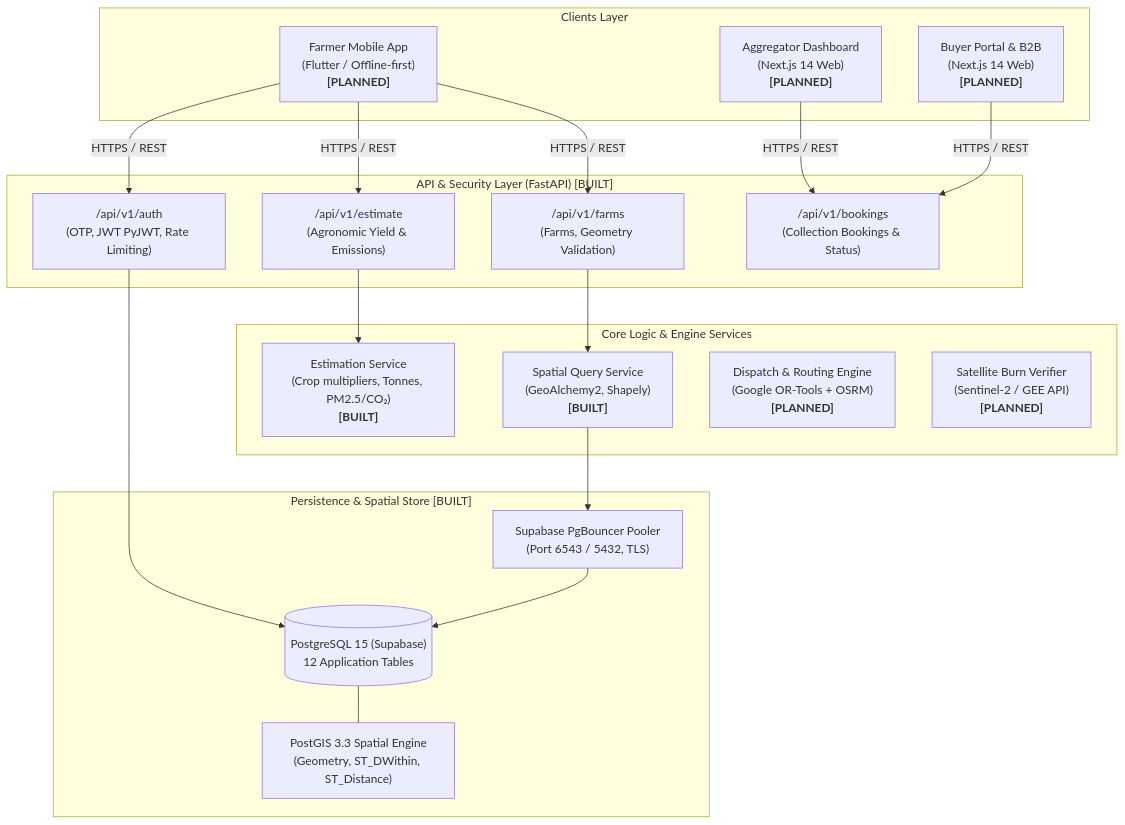
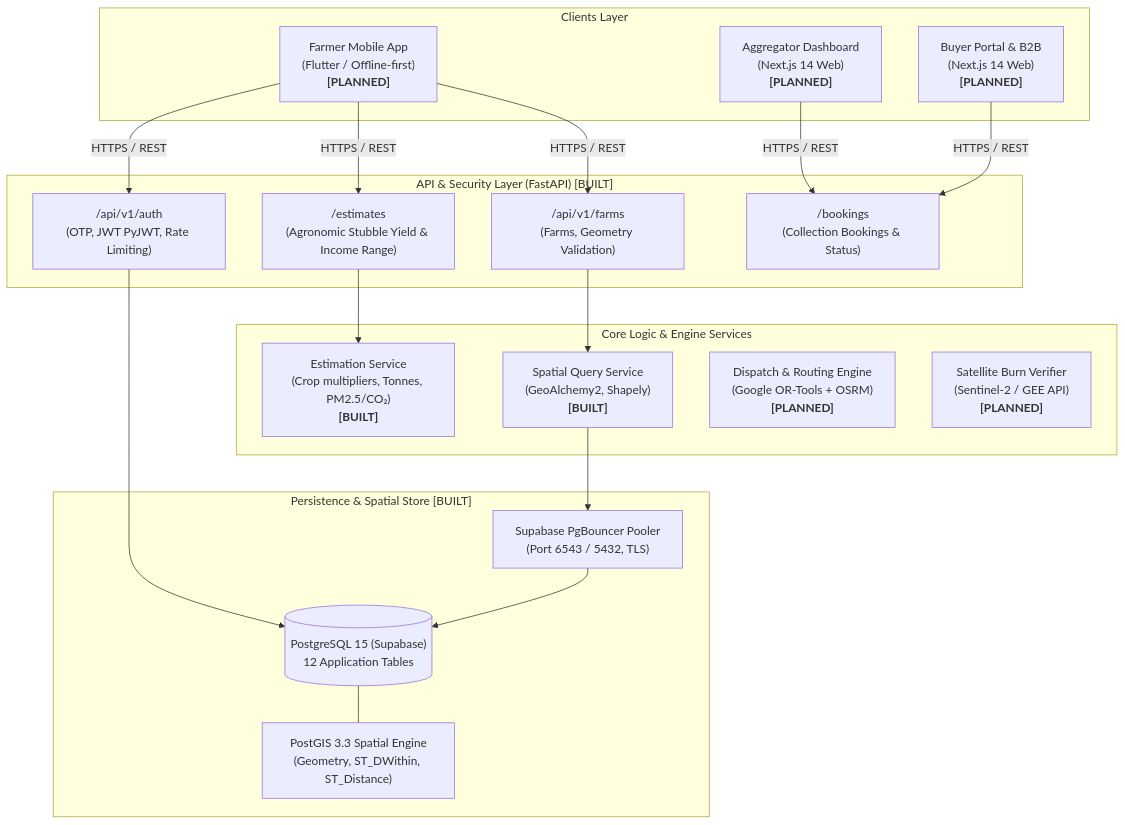
Before and after one commit to Rishabhbansal005/Parali-setu: the diagram in docs/ARCHITECTURE_EXPLAINED.md, drawn with Mermaid. The commit also changed other lines of this file and 1 other file, not shown here.

Commit message:
docs: clarify that emissions and impact factors are PLANNED placeholders per Rule 6

````diff
--- a/docs/ARCHITECTURE_EXPLAINED.md
+++ b/docs/ARCHITECTURE_EXPLAINED.md
@@ -9,41 +9,42 @@
 ```mermaid
 graph TD
     subgraph Clients["Clients Layer"]
         FarmerApp["Farmer Mobile App<br/>(Flutter / Offline-first)<br/><b>[PLANNED]</b>"]
         AggregatorWeb["Aggregator Dashboard<br/>(Next.js 14 Web)<br/><b>[PLANNED]</b>"]
         BuyerWeb["Buyer Portal & B2B<br/>(Next.js 14 Web)<br/><b>[PLANNED]</b>"]
     end
 
     subgraph Gateway["API & Security Layer (FastAPI) [BUILT]"]
         AuthRouter["/api/v1/auth<br/>(OTP, JWT PyJWT, Rate Limiting)"]
         FarmsRouter["/api/v1/farms<br/>(Farms, Geometry Validation)"]
-        EstimateRouter["/api/v1/estimate<br/>(Agronomic Yield & Emissions)"]
-        BookingRouter["/api/v1/bookings<br/>(Collection Bookings & Status)"]
+        EstimateRouter["/estimates<br/>(Agronomic Stubble Yield & Income Range)"]
+        BookingRouter["/bookings<br/>(Collection Bookings & Status)"]
+
     end
 
     subgraph Services["Core Logic & Engine Services"]
         EstService["Estimation Service<br/>(Crop multipliers, Tonnes, PM2.5/CO₂)<br/><b>[BUILT]</b>"]
         SpatialService["Spatial Query Service<br/>(GeoAlchemy2, Shapely)<br/><b>[BUILT]</b>"]
         RoutingEngine["Dispatch & Routing Engine<br/>(Google OR-Tools + OSRM)<br/><b>[PLANNED]</b>"]
         SatelliteEngine["Satellite Burn Verifier<br/>(Sentinel-2 / GEE API)<br/><b>[PLANNED]</b>"]
     end
 
     subgraph DataLayer["Persistence & Spatial Store [BUILT]"]
         SupabasePooler["Supabase PgBouncer Pooler<br/>(Port 6543 / 5432, TLS)"]
         PostgresDB[("PostgreSQL 15 (Supabase)<br/>12 Application Tables")]
         PostGIS["PostGIS 3.3 Spatial Engine<br/>(Geometry, ST_DWithin, ST_Distance)"]
     end
 
     FarmerApp -->|HTTPS / REST| AuthRouter
     FarmerApp -->|HTTPS / REST| FarmsRouter
     FarmerApp -->|HTTPS / REST| EstimateRouter
     AggregatorWeb -->|HTTPS / REST| BookingRouter
     BuyerWeb -->|HTTPS / REST| BookingRouter
 
     AuthRouter --> PostgresDB
     FarmsRouter --> SpatialService
     EstimateRouter --> EstService
     SpatialService --> SupabasePooler
     SupabasePooler --> PostgresDB
     PostgresDB --- PostGIS
 ```
````
